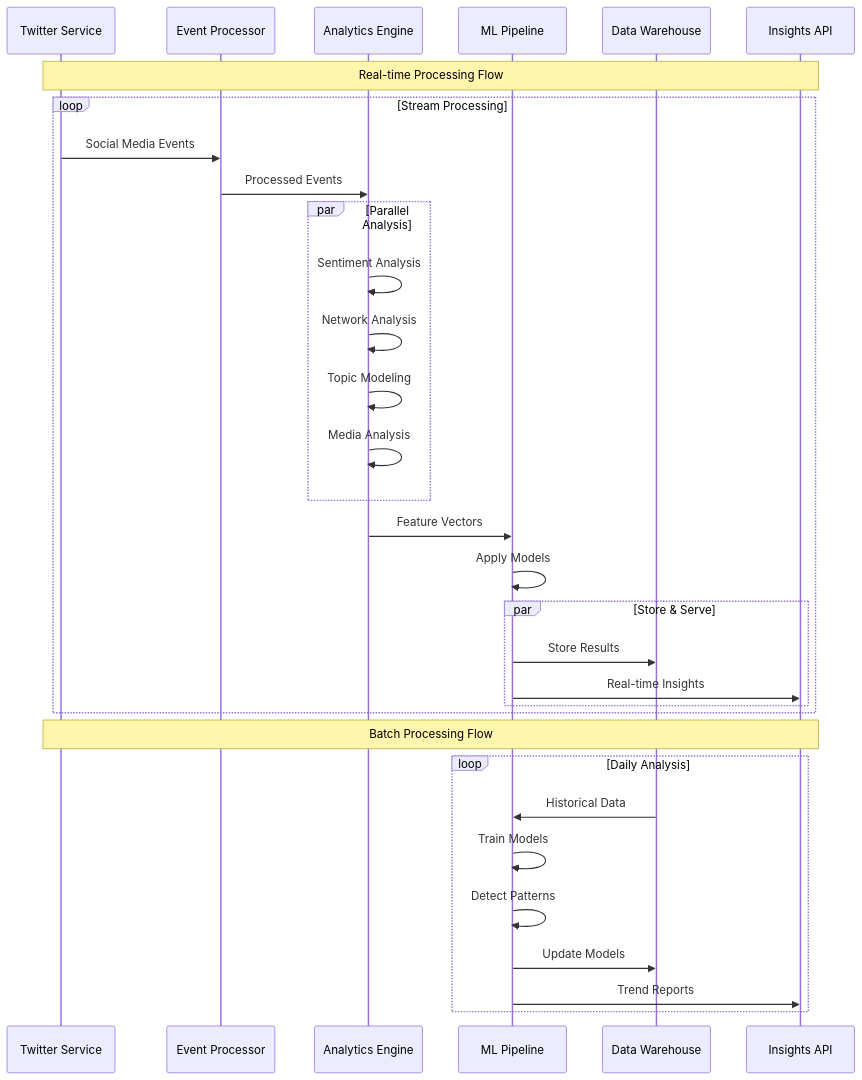
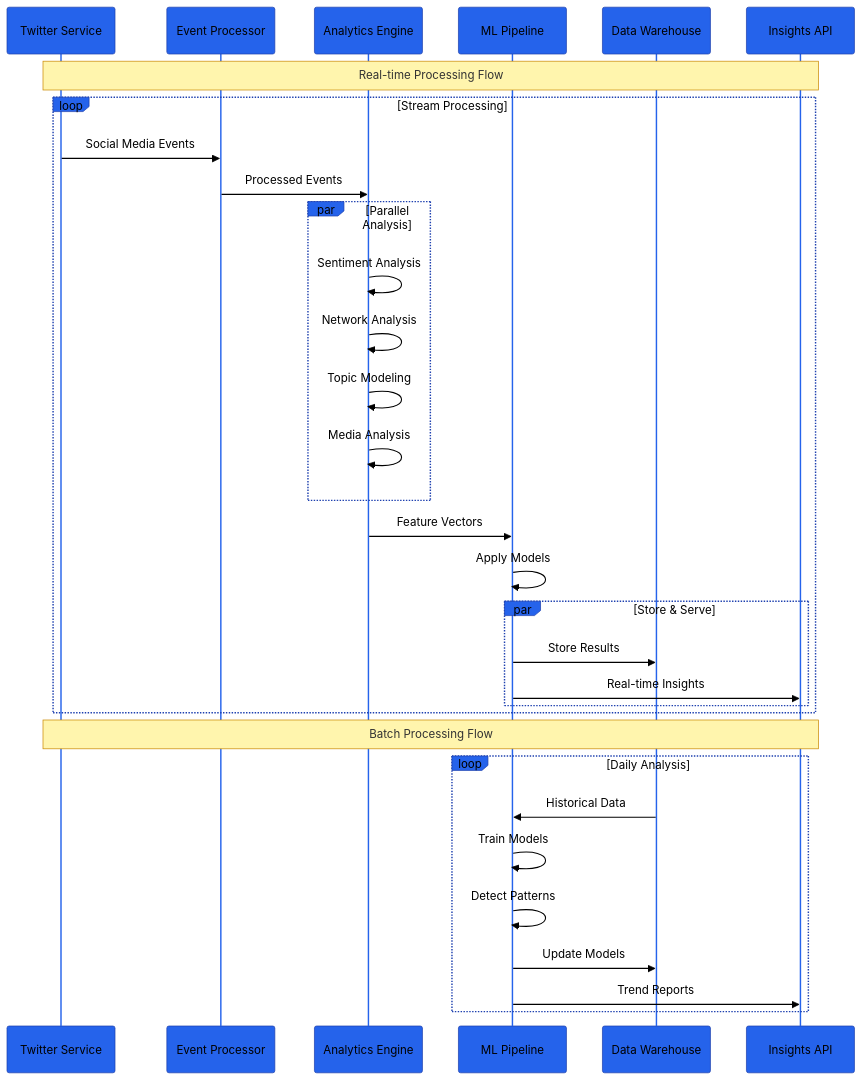
The diagram in docs/mermaid/diagram-8.mmd (bork-research-institute/bork-tools), drawn with Mermaid before and after one commit. The commit also changed 13 other files, not shown here.

Commit message:
updated architecture

```diff
--- a/docs/mermaid/diagram-8.mmd
+++ b/docs/mermaid/diagram-8.mmd
@@ -1,39 +1,55 @@
+%%{init: {
+  'theme': 'base',
+  'themeVariables': {
+    'primaryColor': '#2563eb',
+    'primaryTextColor': '#000000',
+    'primaryBorderColor': '#1e40af',
+    'lineColor': '#1e40af',
+    'secondaryColor': '#f1f5f9',
+    'tertiaryColor': '#ffffff',
+    'noteBackgroundColor': '#fef9c3',
+    'noteBorderColor': '#ca8a04',
+    'noteFontSize': '16px',
+    'actorLineColor': '#2563eb'
+  }
+}}%%
+
 sequenceDiagram
     participant TS as Twitter Service
     participant EP as Event Processor
     participant AE as Analytics Engine
     participant ML as ML Pipeline
     participant DW as Data Warehouse
     participant IN as Insights API
 
     Note over TS,IN: Real-time Processing Flow
     
     loop Stream Processing
         TS->>EP: Social Media Events
         EP->>AE: Processed Events
         
         par Parallel Analysis
             AE->>AE: Sentiment Analysis
             AE->>AE: Network Analysis
             AE->>AE: Topic Modeling
             AE->>AE: Media Analysis
         end
         
         AE->>ML: Feature Vectors
         ML->>ML: Apply Models
         
         par Store & Serve
             ML->>DW: Store Results
             ML->>IN: Real-time Insights
         end
     end
     
     Note over TS,IN: Batch Processing Flow
     
     loop Daily Analysis
         DW->>ML: Historical Data
         ML->>ML: Train Models
         ML->>ML: Detect Patterns
         ML->>DW: Update Models
         ML->>IN: Trend Reports
     end 
```
